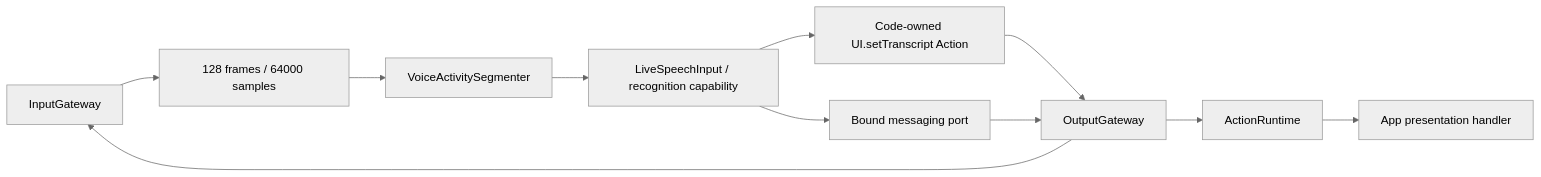
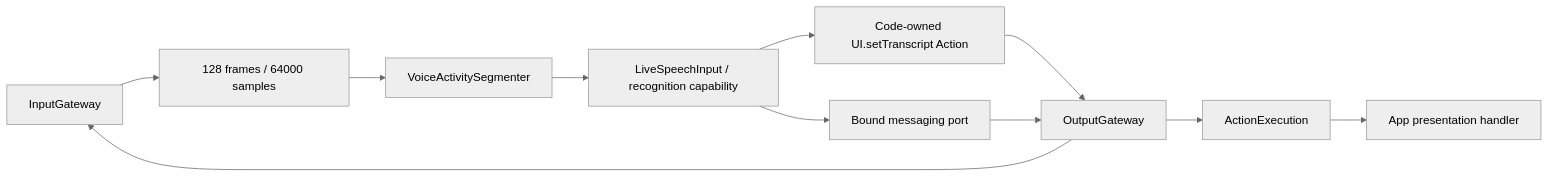
Before and after one commit to devilyouwei/MobileHarness: the first of 2 diagrams in MobileHarness/Agents/SpeechPerception/README.md, drawn with Mermaid (neutral theme). The commit also changed other lines of this file and 132 other files, not shown here.

````diff
--- a/MobileHarness/Agents/SpeechPerception/README.md
+++ b/MobileHarness/Agents/SpeechPerception/README.md
@@ -5,12 +5,12 @@
 ```mermaid
 flowchart LR
     InputGateway --> Inbox[128 frames / 64000 samples]
     Inbox --> VAD[VoiceActivitySegmenter]
     VAD --> ASR[LiveSpeechInput / recognition capability]
     ASR --> Caption[Code-owned UI.setTranscript Action]
     Caption --> OutputGateway
-    OutputGateway --> ActionRuntime --> UI[App presentation handler]
+    OutputGateway --> ActionExecution --> UI[App presentation handler]
     ASR --> Port[Bound messaging port]
     Port --> OutputGateway
     OutputGateway --> InputGateway
 ```
````
